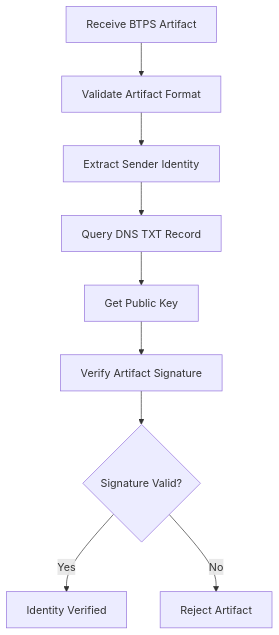
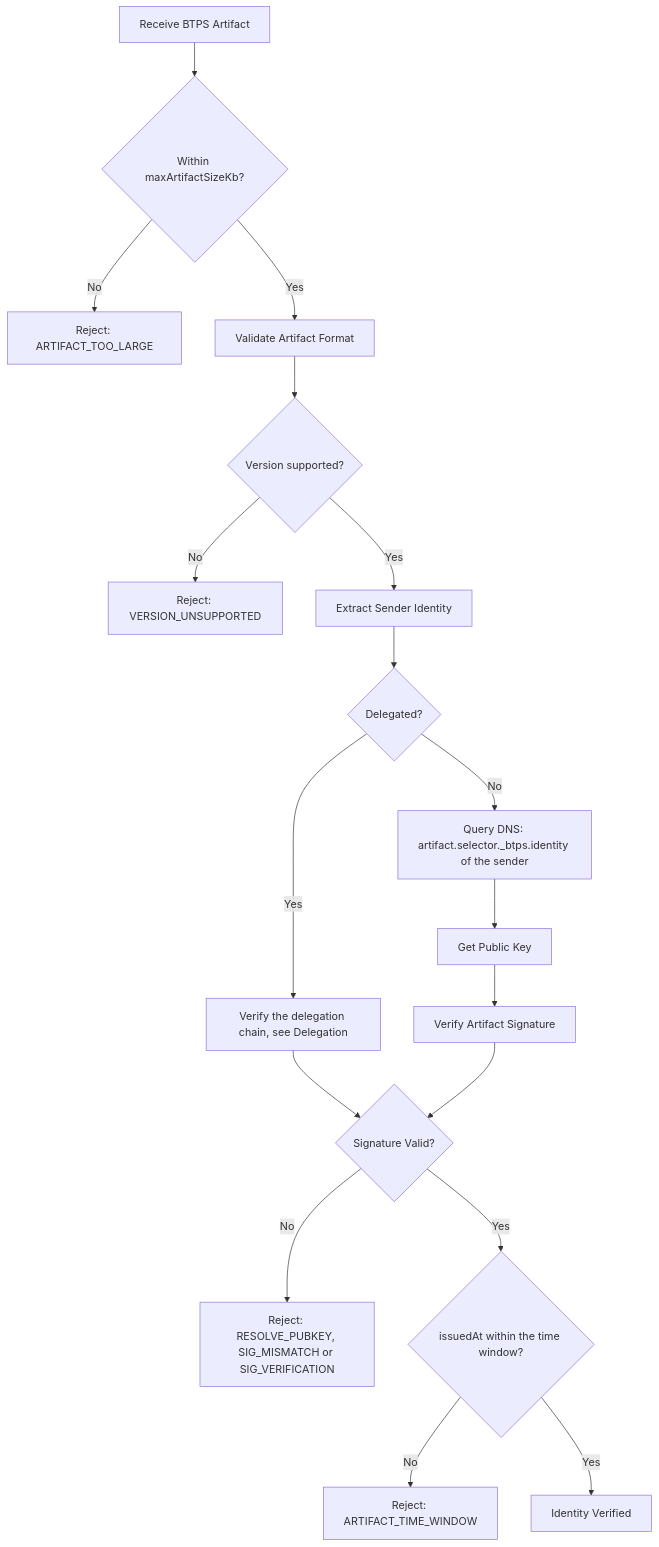
One commit to openbtps/btps-node changed the fifth of 7 diagrams in docs/docusaurus/docs/protocol/messageFlow.md. Above: the diagram before and after it, drawn with Mermaid. The commit also changed other lines of this file and 26 other files, not shown here.

First line of the commit message:
Docs: bring every diagram in line with 1.1

````diff
--- a/docs/docusaurus/docs/protocol/messageFlow.md
+++ b/docs/docusaurus/docs/protocol/messageFlow.md
@@ -259,11 +263,20 @@
 ```mermaid
 graph TD
-    A[Receive BTPS Artifact] --> B[Validate Artifact Format]
-    B --> C[Extract Sender Identity]
-    C --> D[Query DNS TXT Record]
+    A[Receive BTPS Artifact] --> A2{Within maxArtifactSizeKb?}
+    A2 -->|No| X1[Reject: ARTIFACT_TOO_LARGE]
+    A2 -->|Yes| B[Validate Artifact Format]
+    B --> B2{Version supported?}
+    B2 -->|No| X2[Reject: VERSION_UNSUPPORTED]
+    B2 -->|Yes| C[Extract Sender Identity]
+    C --> C2{Delegated?}
+    C2 -->|Yes| C3[Verify the delegation chain, see Delegation]
+    C2 -->|No| D["Query DNS: artifact.selector._btps.identity of the sender"]
     D --> E[Get Public Key]
     E --> F[Verify Artifact Signature]
+    C3 --> G
     F --> G{Signature Valid?}
-    G -->|Yes| H[Identity Verified]
-    G -->|No| I[Reject Artifact]
+    G -->|No| I[Reject: RESOLVE_PUBKEY, SIG_MISMATCH or SIG_VERIFICATION]
+    G -->|Yes| W{issuedAt within the time window?}
+    W -->|No| X3[Reject: ARTIFACT_TIME_WINDOW]
+    W -->|Yes| H[Identity Verified]
 ```
````
